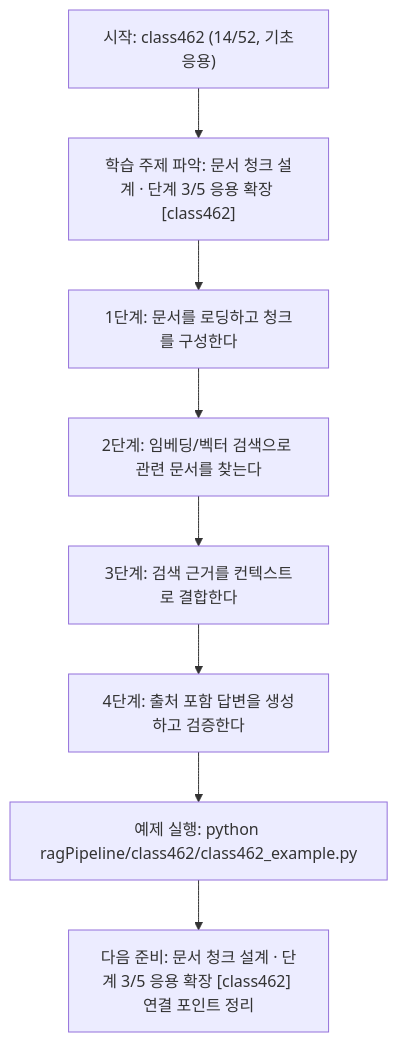
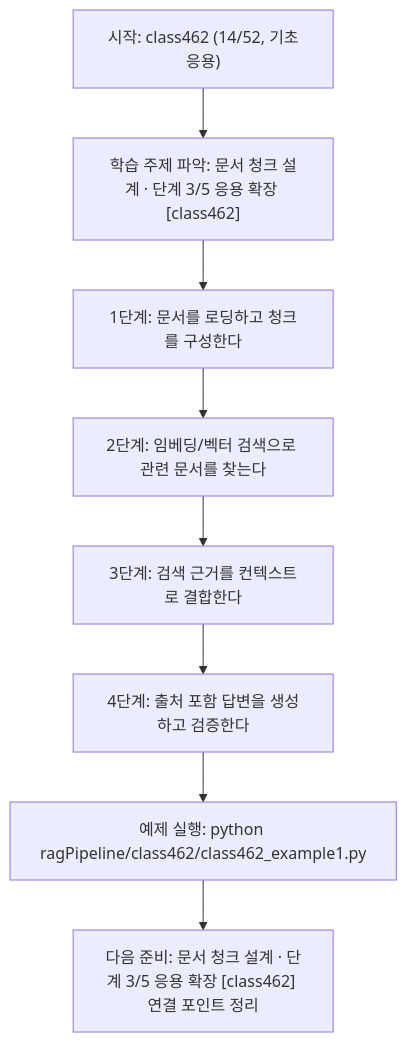
One commit to edumgt/Python-AI_Agent-Class changed the diagram in ragPipeline/class462/class462.md. Above: the diagram before and after it, drawn with Mermaid. The commit also changed other lines of this file and 2959 other files, not shown here.

````diff
--- a/ragPipeline/class462/class462.md
+++ b/ragPipeline/class462/class462.md
@@ -111,18 +111,18 @@
 ```mermaid
 flowchart TD
 N1["시작: class462 (14/52, 기초응용)"]
 N2["학습 주제 파악: 문서 청크 설계 · 단계 3/5 응용 확장 [class462]"]
 N3["1단계: 문서를 로딩하고 청크를 구성한다"]
 N4["2단계: 임베딩/벡터 검색으로 관련 문서를 찾는다"]
 N5["3단계: 검색 근거를 컨텍스트로 결합한다"]
 N6["4단계: 출처 포함 답변을 생성하고 검증한다"]
-N7["예제 실행: python ragPipeline/class462/class462_example.py"]
+N7["예제 실행: python ragPipeline/class462/class462_example1.py"]
 N8["다음 준비: 문서 청크 설계 · 단계 3/5 응용 확장 [class462] 연결 포인트 정리"]
 N1 --> N2
 N2 --> N3
 N3 --> N4
 N4 --> N5
 N5 --> N6
 N6 --> N7
 N7 --> N8
 ```
````
